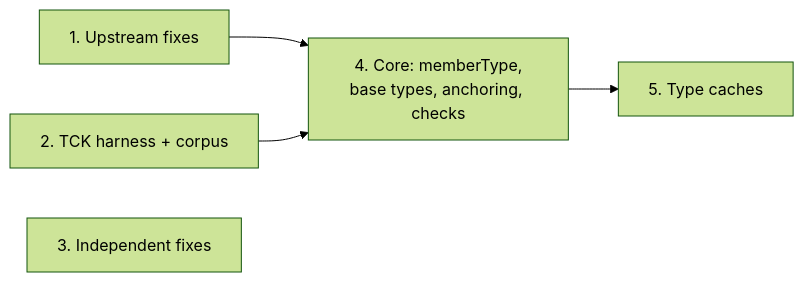
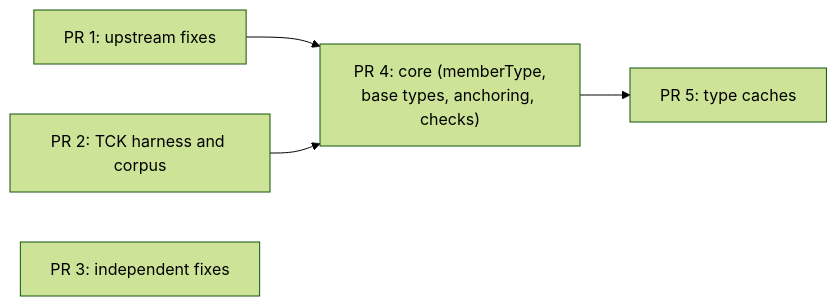
Before and after one commit to retronym/talks: the sixth of 6 diagrams in intellij-cake/talk.md, drawn with Mermaid (forest theme). The commit also changed 1 other file, not shown here.

Commit message:
Talk: fix addendum diagram labels

````diff
--- a/intellij-cake/talk.md
+++ b/intellij-cake/talk.md
@@ -621,7 +621,7 @@
 ```mermaid
 flowchart LR
-  U["1. Upstream fixes"] --> C["4. Core: memberType,<br/>base types, anchoring, checks"]
-  T["2. TCK harness + corpus"] --> C
-  I["3. Independent fixes"]
-  C --> K["5. Type caches"]
+  U["PR 1: upstream fixes"] --> C["PR 4: core (memberType,<br/>base types, anchoring, checks)"]
+  T["PR 2: TCK harness and corpus"] --> C
+  I["PR 3: independent fixes"]
+  C --> K["PR 5: type caches"]
 ```
````
